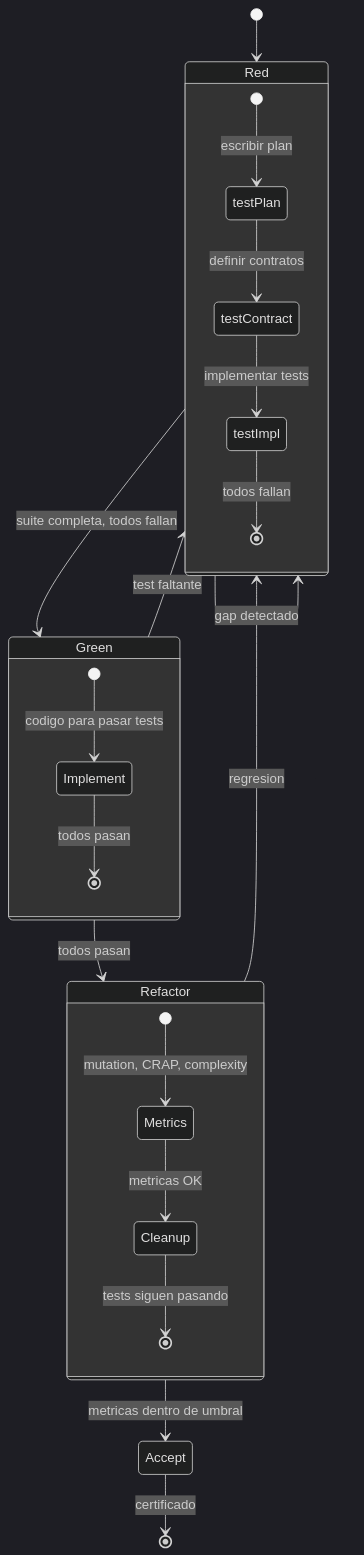
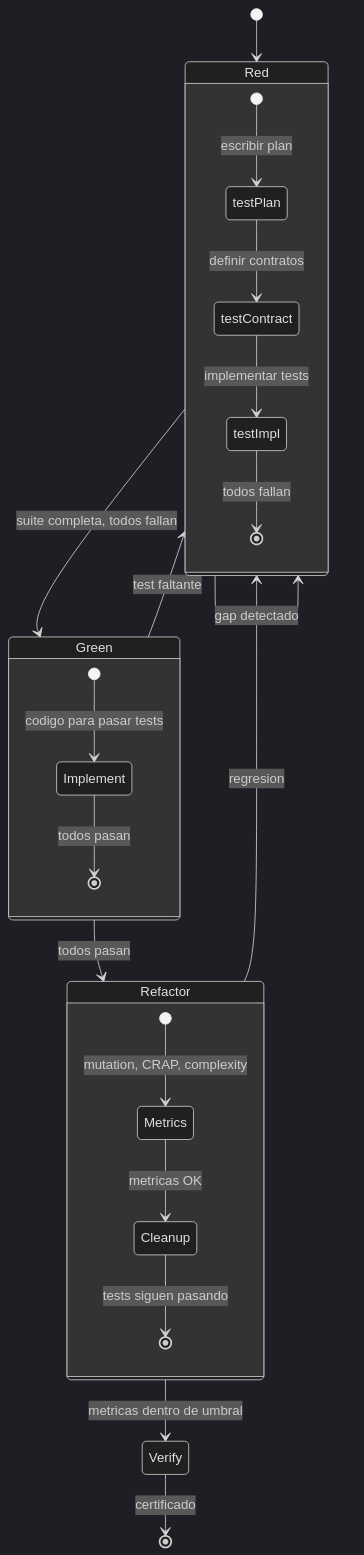
One commit to virgenherrera/virgil changed diagram 15 of 48 in principia/overview.md. Above: the diagram before and after it, drawn with Mermaid (dark theme). The commit also changed other lines of this file, not shown here.

````diff
--- a/principia/overview.md
+++ b/principia/overview.md
@@ -581,33 +623,33 @@
 ```mermaid
 stateDiagram-v2
     [*] --> Red
 
     state Red {
         [*] --> testPlan : escribir plan
         testPlan --> testContract : definir contratos
         testContract --> testImpl : implementar tests
         testImpl --> [*] : todos fallan
     }
 
     Red --> Green : suite completa, todos fallan
 
     state Green {
         [*] --> Implement : codigo para pasar tests
         Implement --> [*] : todos pasan
     }
 
     Green --> Refactor : todos pasan
 
     state Refactor {
         [*] --> Metrics : mutation, CRAP, complexity
         Metrics --> Cleanup : metricas OK
         Cleanup --> [*] : tests siguen pasando
     }
 
-    Refactor --> Accept : metricas dentro de umbral
-    Accept --> [*] : certificado
+    Refactor --> Verify : metricas dentro de umbral
+    Verify --> [*] : certificado
 
     Red --> Red : gap detectado
     Green --> Red : test faltante
     Refactor --> Red : regresion
 ```
````
